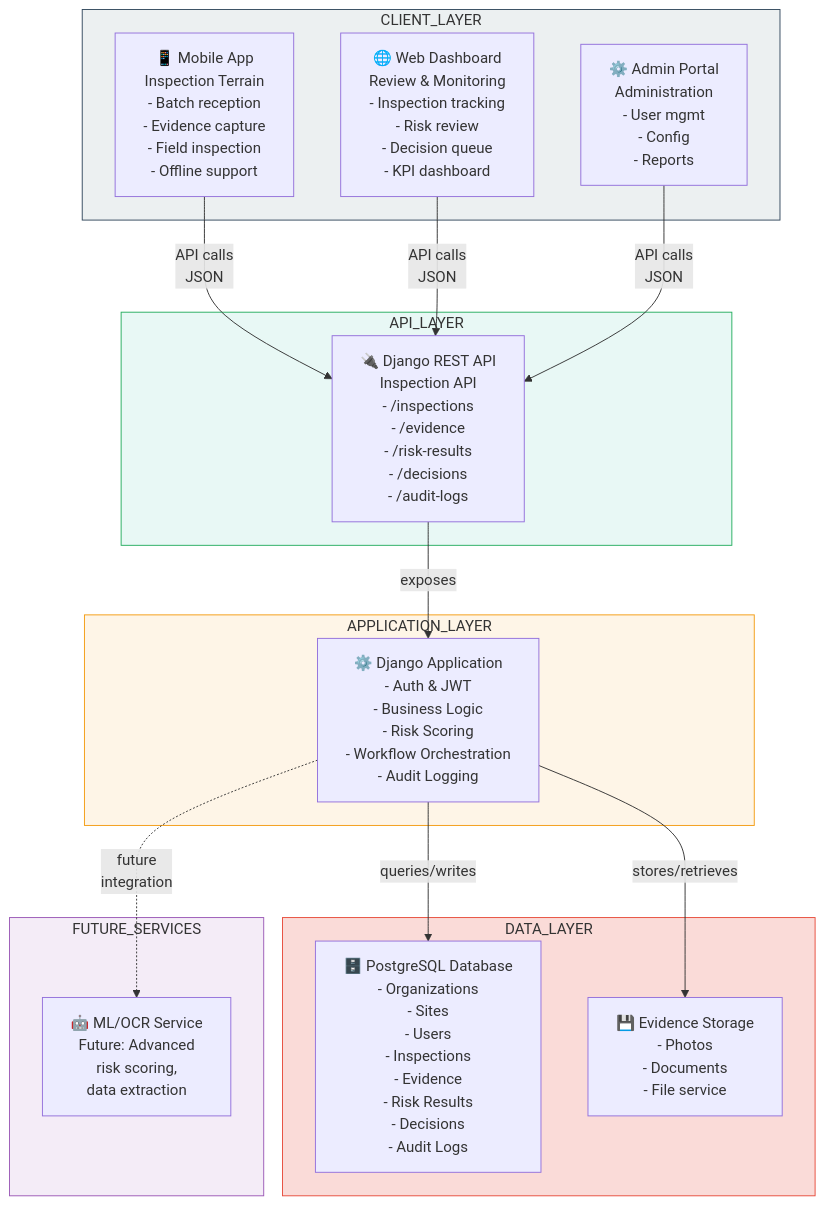
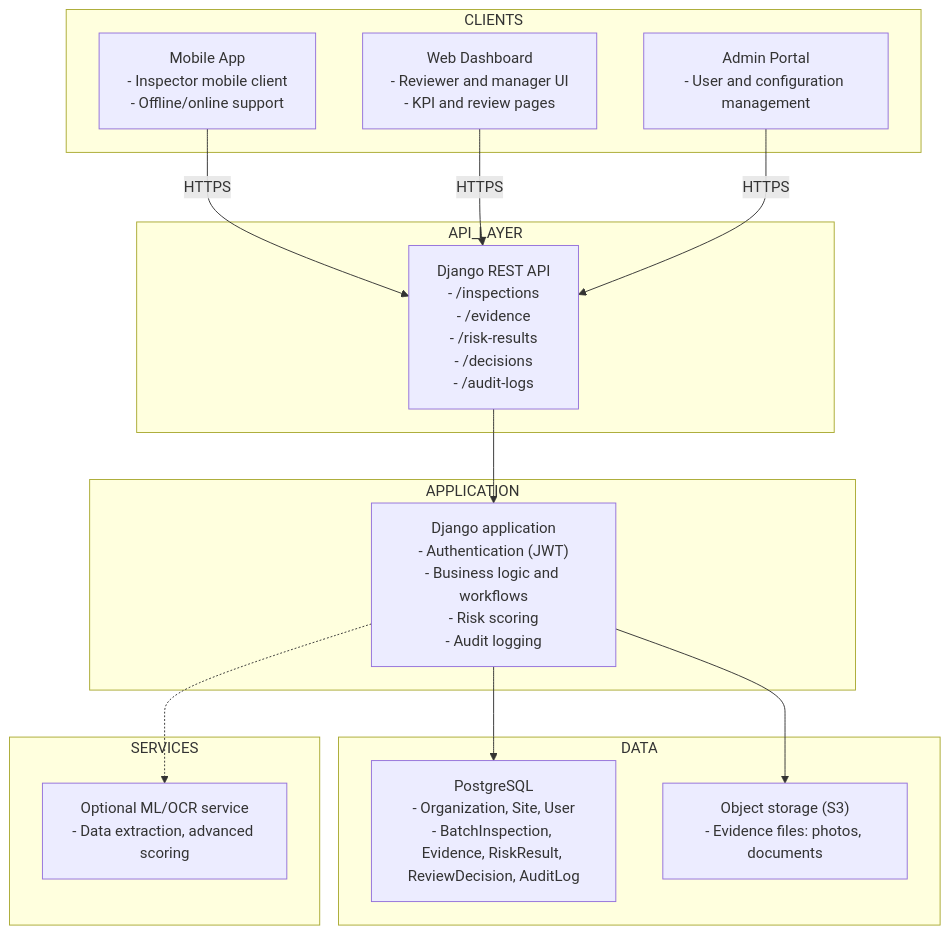
Before and after one commit to AbraImani/Authmed_Backend_intern: the diagram in docs/architecture/c4-container.md, drawn with Mermaid. The commit also changed other lines of this file and 27 other files, not shown here.

Commit message:
docs: remove emojis, translate to English, standardize diagrams and remove color styles

````diff
--- a/docs/architecture/c4-container.md
+++ b/docs/architecture/c4-container.md
@@ -6,40 +7,35 @@
 ```mermaid
 graph TB
-    subgraph "CLIENT_LAYER"
-        Mobile["📱 Mobile App<br/>Inspection Terrain<br/>- Batch reception<br/>- Evidence capture<br/>- Field inspection<br/>- Offline support"]
-        Web["🌐 Web Dashboard<br/>Review & Monitoring<br/>- Inspection tracking<br/>- Risk review<br/>- Decision queue<br/>- KPI dashboard"]
-        Admin["⚙️ Admin Portal<br/>Administration<br/>- User mgmt<br/>- Config<br/>- Reports"]
+    subgraph CLIENTS
+        Mobile["Mobile App\n- Inspector mobile client\n- Offline/online support"]
+        Web["Web Dashboard\n- Reviewer and manager UI\n- KPI and review pages"]
+        Admin["Admin Portal\n- User and configuration management"]
     end
-    
-    subgraph "API_LAYER"
-        API["🔌 Django REST API<br/>Inspection API<br/>- /inspections<br/>- /evidence<br/>- /risk-results<br/>- /decisions<br/>- /audit-logs"]
+
+    subgraph API_LAYER
+        API["Django REST API\n- /inspections\n- /evidence\n- /risk-results\n- /decisions\n- /audit-logs"]
     end
-    
-    subgraph "APPLICATION_LAYER"
-        Backend["⚙️ Django Application<br/>- Auth & JWT<br/>- Business Logic<br/>- Risk Scoring<br/>- Workflow Orchestration<br/>- Audit Logging"]
+
+    subgraph APPLICATION
+        Backend["Django application\n- Authentication (JWT)\n- Business logic and workflows\n- Risk scoring\n- Audit logging"]
     end
-    
-    subgraph "DATA_LAYER"
-        DB["🗄️ PostgreSQL Database<br/>- Organizations<br/>- Sites<br/>- Users<br/>- Inspections<br/>- Evidence<br/>- Risk Results<br/>- Decisions<br/>- Audit Logs"]
-        Storage["💾 Evidence Storage<br/>- Photos<br/>- Documents<br/>- File service"]
+
+    subgraph DATA
+        DB["PostgreSQL\n- Organization, Site, User\n- BatchInspection, Evidence, RiskResult, ReviewDecision, AuditLog"]
+        Storage["Object storage (S3)\n- Evidence files: photos, documents"]
     end
-    
-    subgraph "FUTURE_SERVICES"
-        MLService["🤖 ML/OCR Service<br/>Future: Advanced<br/>risk scoring,<br/>data extraction"]
+
+    subgraph SERVICES
+        MLService["Optional ML/OCR service\n- Data extraction, advanced scoring"]
     end
-    
-    Mobile -->|API calls<br/>JSON| API
-    Web -->|API calls<br/>JSON| API
-    Admin -->|API calls<br/>JSON| API
-    
-    API -->|exposes| Backend
-    Backend -->|queries/writes| DB
-    Backend -->|stores/retrieves| Storage
-    Backend -.->|future<br/>integration| MLService
-    
-    style CLIENT_LAYER fill:#ecf0f1,stroke:#34495e
-    style API_LAYER fill:#e8f8f5,stroke:#27ae60
-    style APPLICATION_LAYER fill:#fef5e7,stroke:#f39c12
-    style DATA_LAYER fill:#fadbd8,stroke:#e74c3c
-    style FUTURE_SERVICES fill:#f4ecf7,stroke:#9b59b6
+
+    Mobile -->|HTTPS| API
+    Web -->|HTTPS| API
+    Admin -->|HTTPS| API
+
+    API --> Backend
+    Backend --> DB
+    Backend --> Storage
+    Backend -.-> MLService
+
 ```
````
